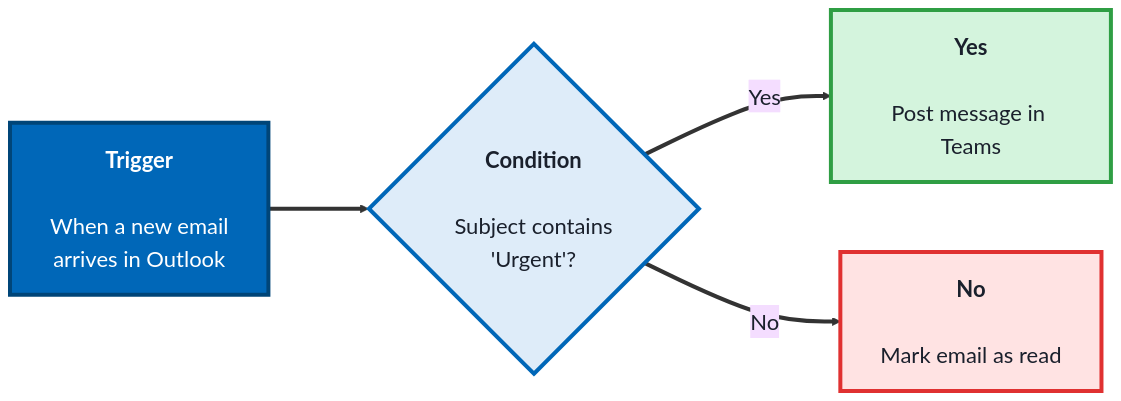
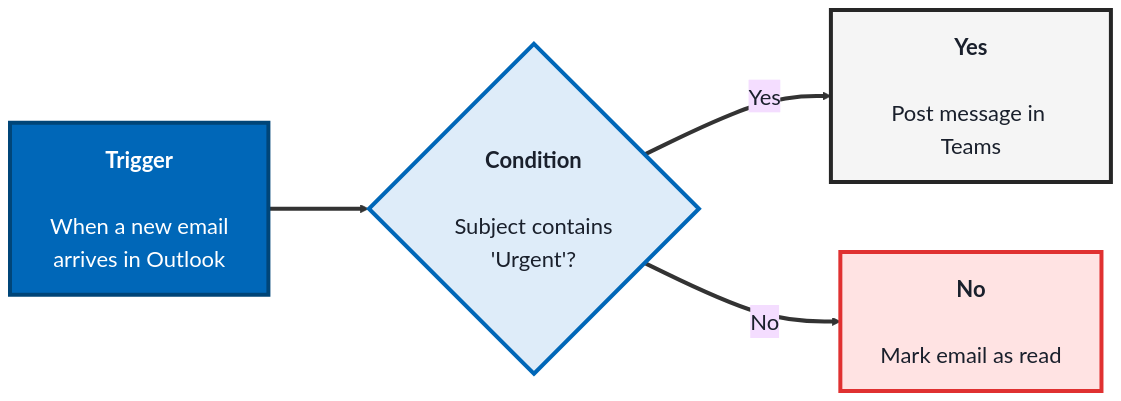
Before and after one commit to SHEMODELTECH/shemodeltech: the fourth of 5 diagrams in src/Pages/courses/TechArchs/automation-beginner-course.md, drawn with Mermaid. The commit also changed other lines of this file and 46 other files, not shown here.

````diff
--- a/src/Pages/courses/TechArchs/automation-beginner-course.md
+++ b/src/Pages/courses/TechArchs/automation-beginner-course.md
@@ -259,18 +259,18 @@
 ```mermaid
 %%{init: {'theme':'base', 'themeVariables': {'fontSize':'22px', 'primaryTextColor':'#1a202c', 'primaryBorderColor':'#004578', 'lineColor':'#333333'}, 'flowchart': {'nodeSpacing': 70, 'rankSpacing': 100, 'padding': 20}}}%%
 flowchart LR
     T["<b>Trigger</b><br/><br/>When a new email<br/>arrives in Outlook"]
     C{"<b>Condition</b><br/><br/>Subject contains<br/>'Urgent'?"}
     Y["<b>Yes</b><br/><br/>Post message in Teams"]
     N["<b>No</b><br/><br/>Mark email as read"]
 
     T ==> C
     C ==>|Yes| Y
     C ==>|No| N
 
     style T fill:#0067b8,color:#fff,stroke:#004578,stroke-width:4px
     style C fill:#deecf9,color:#1a202c,stroke:#0067b8,stroke-width:4px
-    style Y fill:#d4f4dd,color:#1a202c,stroke:#2f9e44,stroke-width:4px
+    style Y fill:#F5F5F5,color:#1a202c,stroke:#262626,stroke-width:4px
     style N fill:#ffe3e3,color:#1a202c,stroke:#e03131,stroke-width:4px
     linkStyle default stroke-width:4px,stroke:#333333
 ```
````
